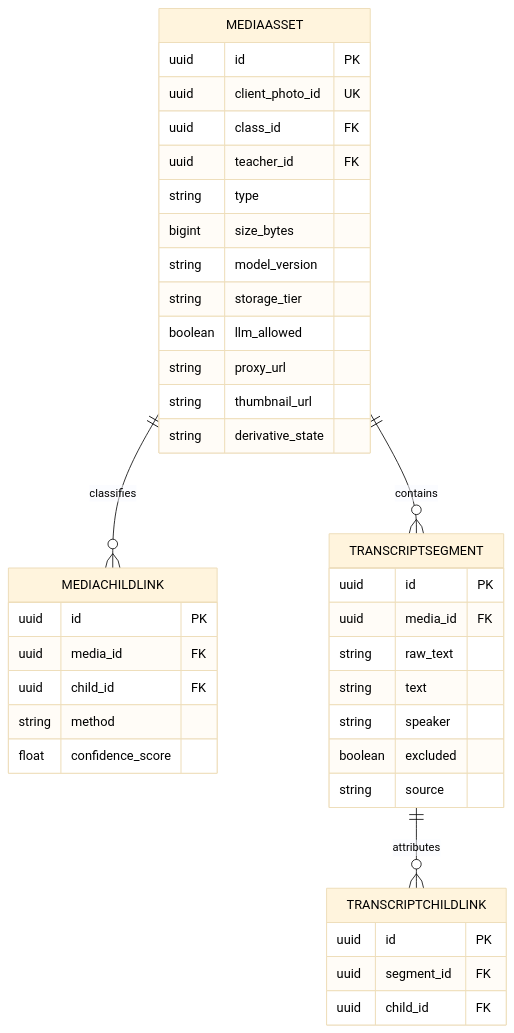
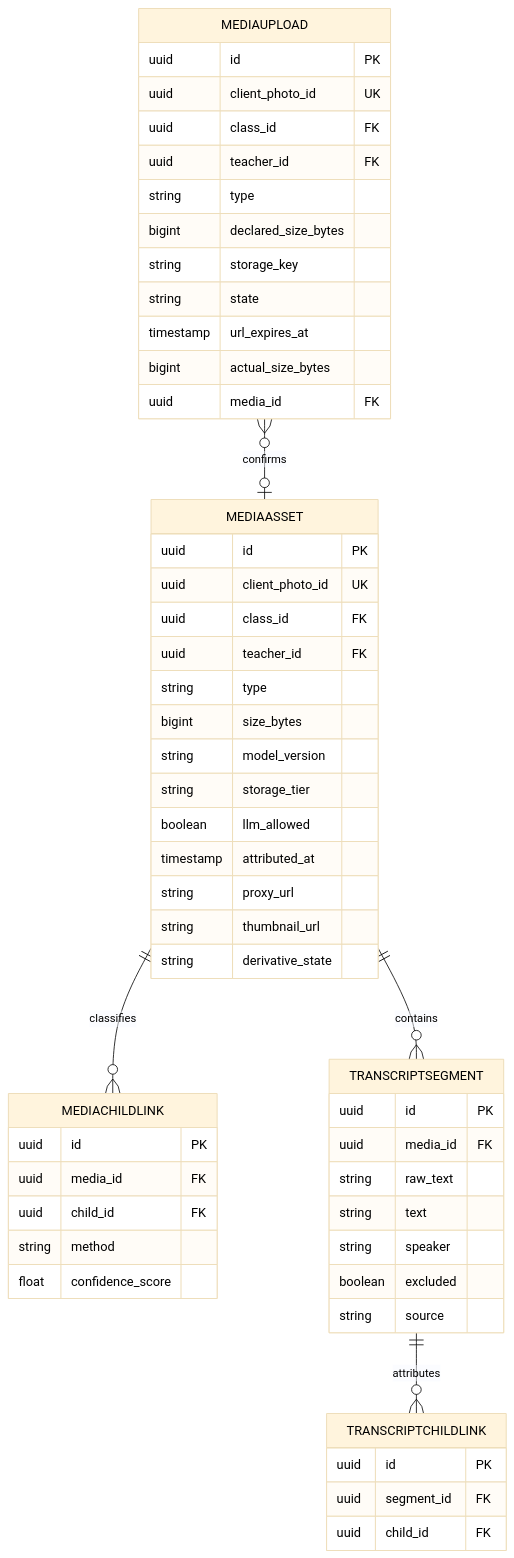
The third of 8 diagrams in docs/테크스펙.md (kakaotechcampus-4/ktc4-chungnam-4), drawn with Mermaid before and after one commit.

Commit message:
docs: add MediaUpload and attributed_at to media ERD
마이그레이션 PR은 테크스펙 ERD를 같이 갱신합니다(.claude/skills/pr). 표에는 이미 있던 필드입니다.

````diff
--- a/docs/테크스펙.md
+++ b/docs/테크스펙.md
@@ -529,42 +529,57 @@
 ```mermaid
 %%{init: {'theme':'base', 'themeVariables': {'primaryTextColor':'#000000','textColor':'#000000','lineColor':'#000000'}}}%%
 erDiagram
   MEDIAASSET {
     uuid id PK
     uuid client_photo_id UK
     uuid class_id FK
     uuid teacher_id FK
     string type
     bigint size_bytes
     string model_version
     string storage_tier
     boolean llm_allowed
+    timestamp attributed_at
     string proxy_url
     string thumbnail_url
     string derivative_state
+  }
+  MEDIAUPLOAD {
+    uuid id PK
+    uuid client_photo_id UK
+    uuid class_id FK
+    uuid teacher_id FK
+    string type
+    bigint declared_size_bytes
+    string storage_key
+    string state
+    timestamp url_expires_at
+    bigint actual_size_bytes
+    uuid media_id FK
   }
   MEDIACHILDLINK {
     uuid id PK
     uuid media_id FK
     uuid child_id FK
     string method
     float confidence_score
   }
   TRANSCRIPTSEGMENT {
     uuid id PK
     uuid media_id FK
     string raw_text
     string text
     string speaker
     boolean excluded
     string source
   }
   TRANSCRIPTCHILDLINK {
     uuid id PK
     uuid segment_id FK
     uuid child_id FK
   }
+  MEDIAUPLOAD }o--o| MEDIAASSET : confirms
   MEDIAASSET ||--o{ MEDIACHILDLINK : classifies
   MEDIAASSET ||--o{ TRANSCRIPTSEGMENT : contains
   TRANSCRIPTSEGMENT ||--o{ TRANSCRIPTCHILDLINK : attributes
 ```
````
